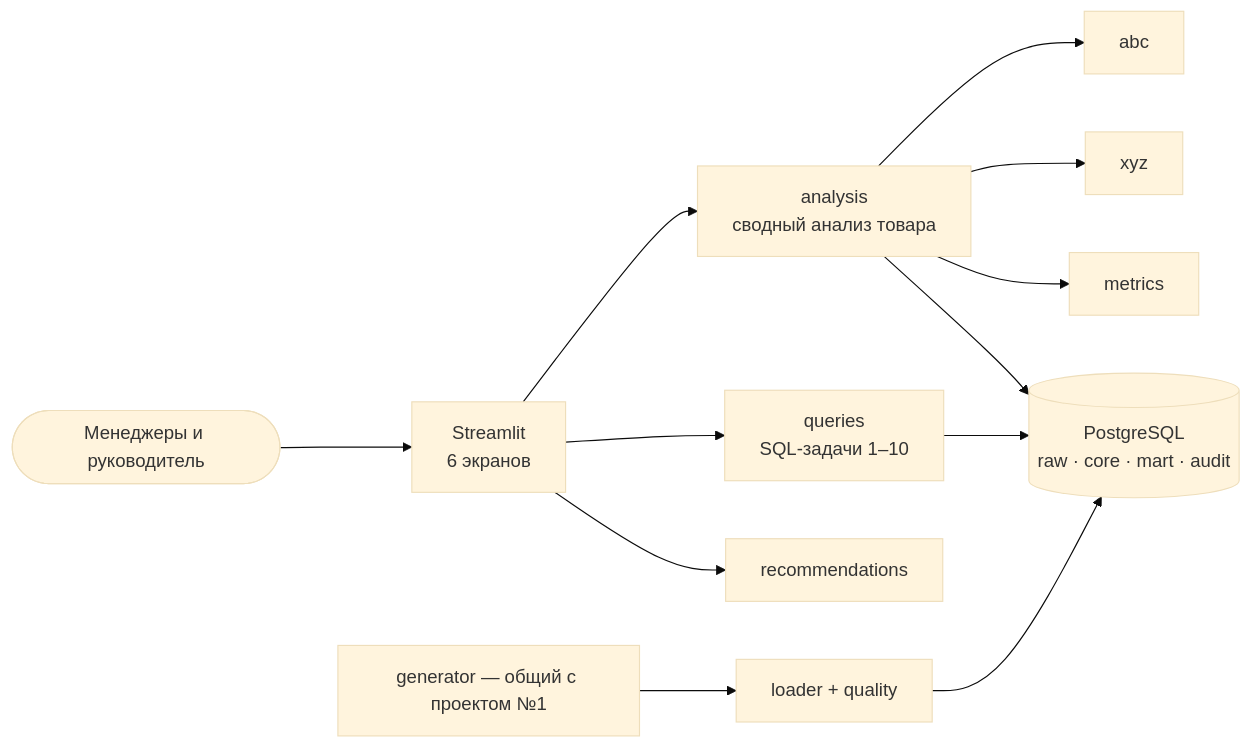
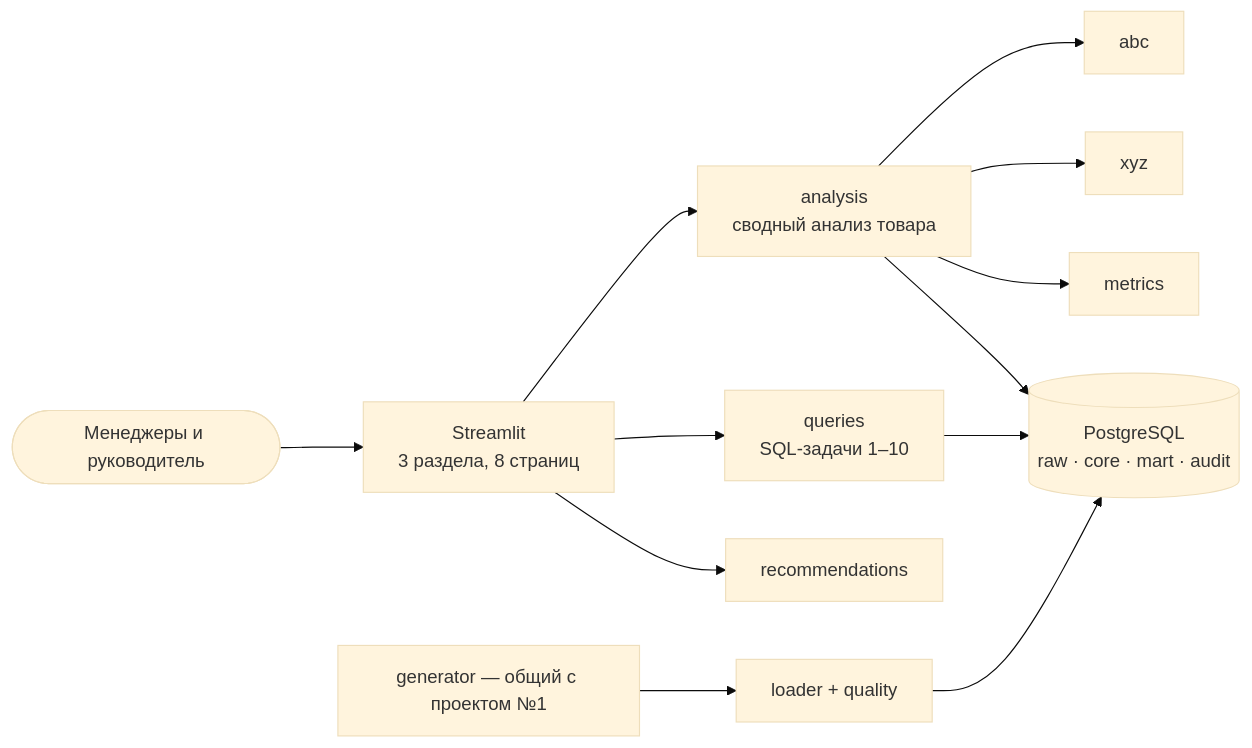
The diagram in README.md (lubancho/assortment-writeoff-analytics), drawn with Mermaid (base theme) before and after one commit. The commit also changed other lines of this file and 16 other files, not shown here.

````diff
--- a/README.md
+++ b/README.md
@@ -45,10 +47,10 @@
 ```mermaid
 flowchart LR
-    U([Менеджеры и руководитель]) --> UI[Streamlit<br/>6 экранов]
+    U([Менеджеры и руководитель]) --> UI[Streamlit<br/>3 раздела, 8 страниц]
     UI --> AN[analysis<br/>сводный анализ товара]
     UI --> Q[queries<br/>SQL-задачи 1–10]
     AN --> ABC[abc] & XYZ[xyz] & M[metrics]
     UI --> R[recommendations]
     AN & Q --> DB[(PostgreSQL<br/>raw · core · mart · audit)]
     G[generator — общий с проектом №1] --> L[loader + quality] --> DB
 ```
````
